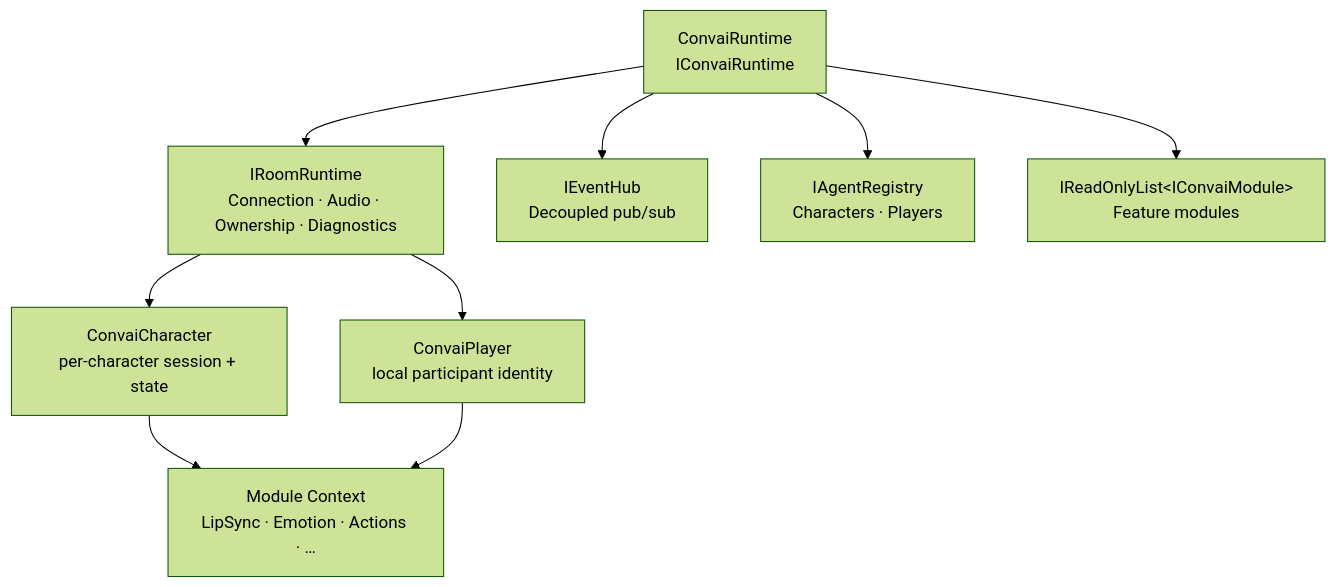
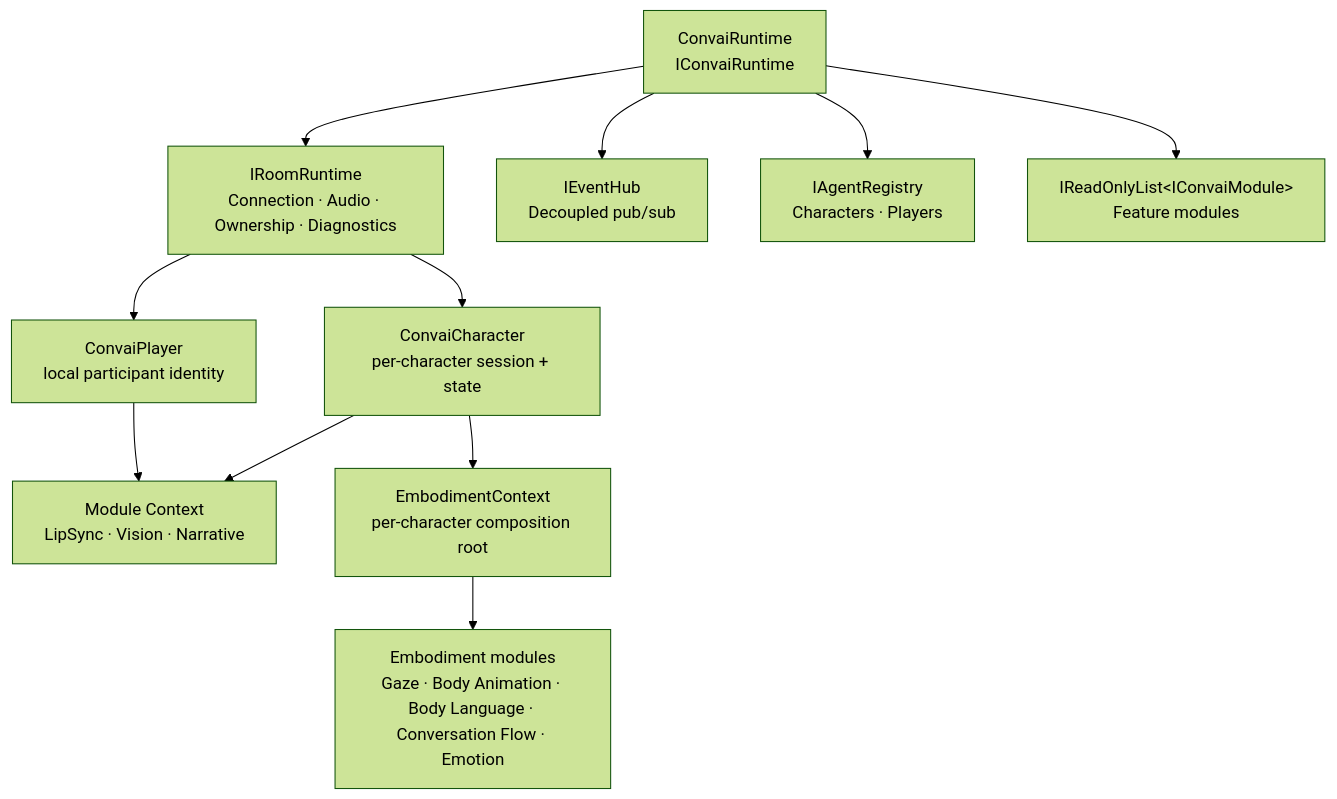
Before and after one commit to Conv-AI/Convai-Documentation: the first of 2 diagrams in plugins-and-integrations/convai-unity-sdk/core-concepts/runtime-architecture.md, drawn with Mermaid (forest theme). The commit also changed other lines of this file and 9 other files, not shown here.

````diff
--- a/plugins-and-integrations/convai-unity-sdk/core-concepts/runtime-architecture.md
+++ b/plugins-and-integrations/convai-unity-sdk/core-concepts/runtime-architecture.md
@@ -15,11 +15,13 @@
 ```mermaid
 graph TD
     A[ConvaiRuntime<br/>IConvaiRuntime] --> B[IRoomRuntime<br/>Connection · Audio · Ownership · Diagnostics]
     A --> C[IEventHub<br/>Decoupled pub/sub]
     A --> D[IAgentRegistry<br/>Characters · Players]
     A --> E[IReadOnlyList&lt;IConvaiModule&gt;<br/>Feature modules]
     B --> F[ConvaiCharacter<br/>per-character session + state]
     B --> G[ConvaiPlayer<br/>local participant identity]
-    F --> H[Module Context<br/>LipSync · Emotion · Actions · …]
+    F --> H[Module Context<br/>LipSync · Vision · Narrative]
     G --> H
+    F --> I[EmbodimentContext<br/>per-character composition root]
+    I --> J[Embodiment modules<br/>Gaze · Body Animation · Body Language · Conversation Flow · Emotion]
 ```
````
